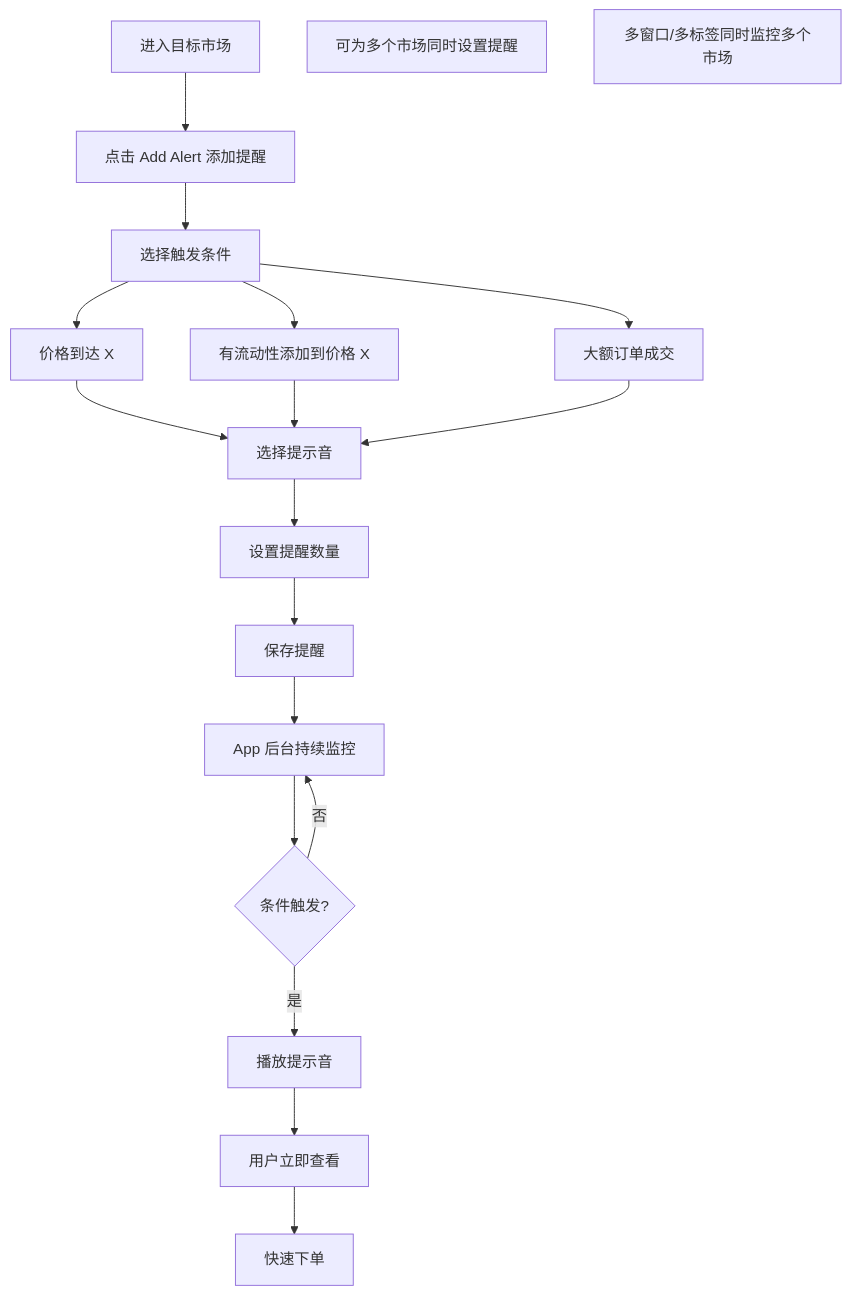
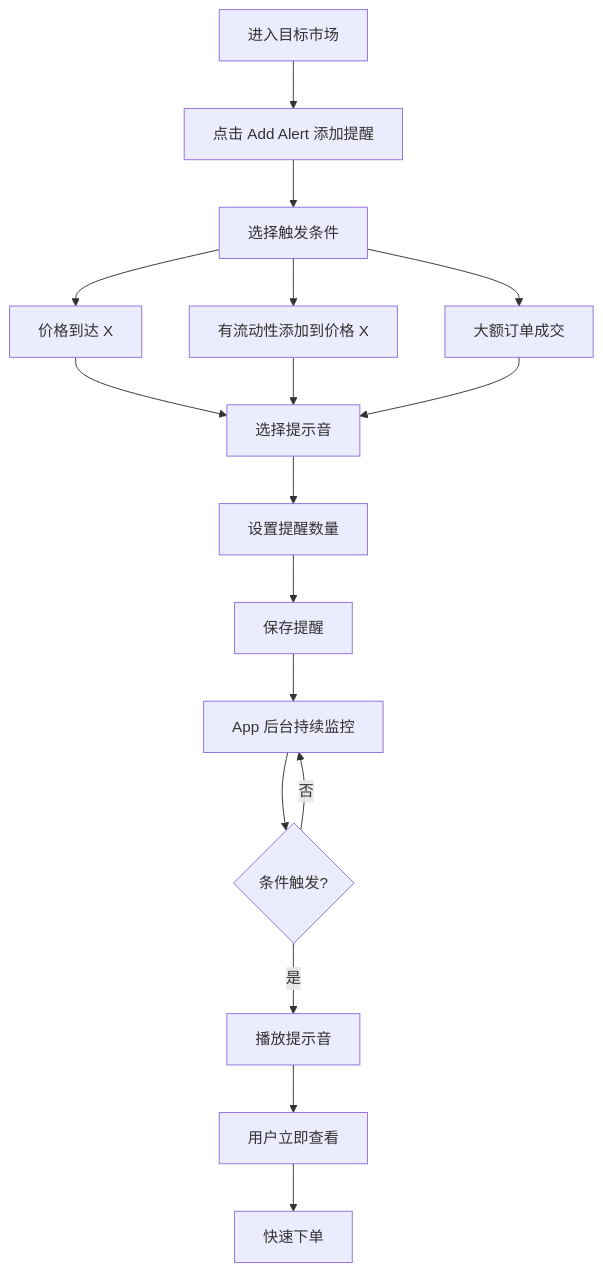
Before and after one commit to survivorff/polymarket_research: the fifth of 14 diagrams in research/05_polytrader_pro/analysis.md, drawn with Mermaid. The commit also changed other lines of this file and 11 other files, not shown here.

First line of the commit message:
修复所有 Mermaid 语法错误，确保流程图可正常渲染

````diff
--- a/research/05_polytrader_pro/analysis.md
+++ b/research/05_polytrader_pro/analysis.md
@@ -161,21 +161,21 @@
 ```mermaid
 flowchart TD
     A[进入目标市场] --> B[点击 Add Alert 添加提醒]
     B --> C[选择触发条件]
     C --> C1[价格到达 X]
     C --> C2[有流动性添加到价格 X]
     C --> C3[大额订单成交]
     C1 --> D[选择提示音]
     C2 --> D
     C3 --> D
     D --> E[设置提醒数量]
     E --> F[保存提醒]
     F --> G[App 后台持续监控]
     G --> H{条件触发?}
     H -->|是| I[播放提示音]
     I --> J[用户立即查看]
     J --> K[快速下单]
     H -->|否| G
-    note1[可为多个市场同时设置提醒]
-    note2[多窗口/多标签同时监控多个市场]
+    %% 注: 可为多个市场同时设置提醒
+    %% 注: 多窗口/多标签同时监控多个市场
 ```
````
